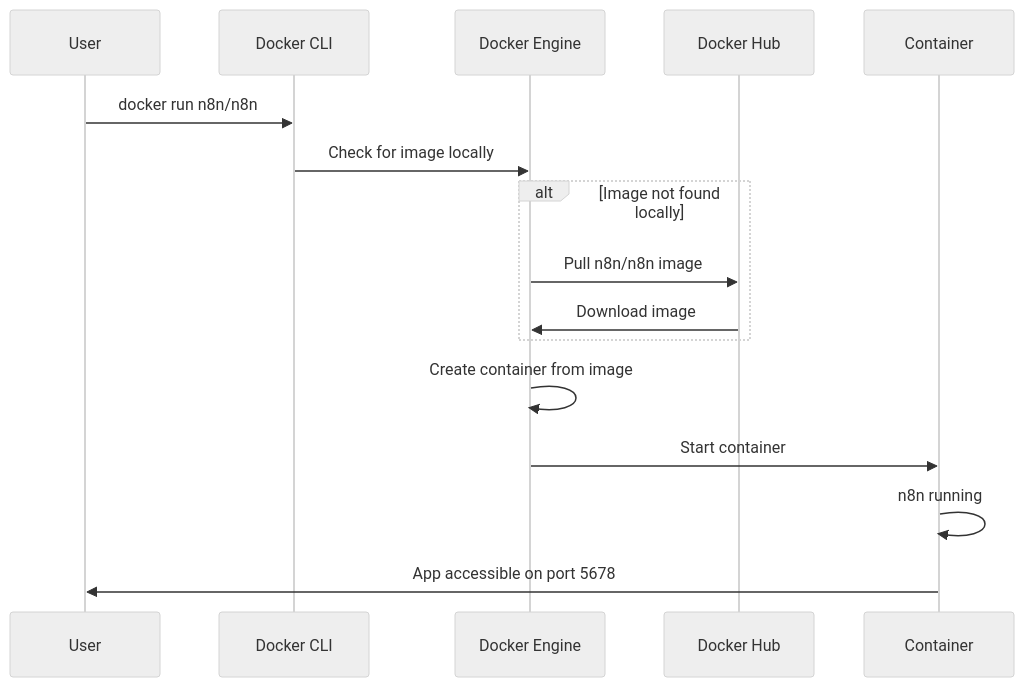
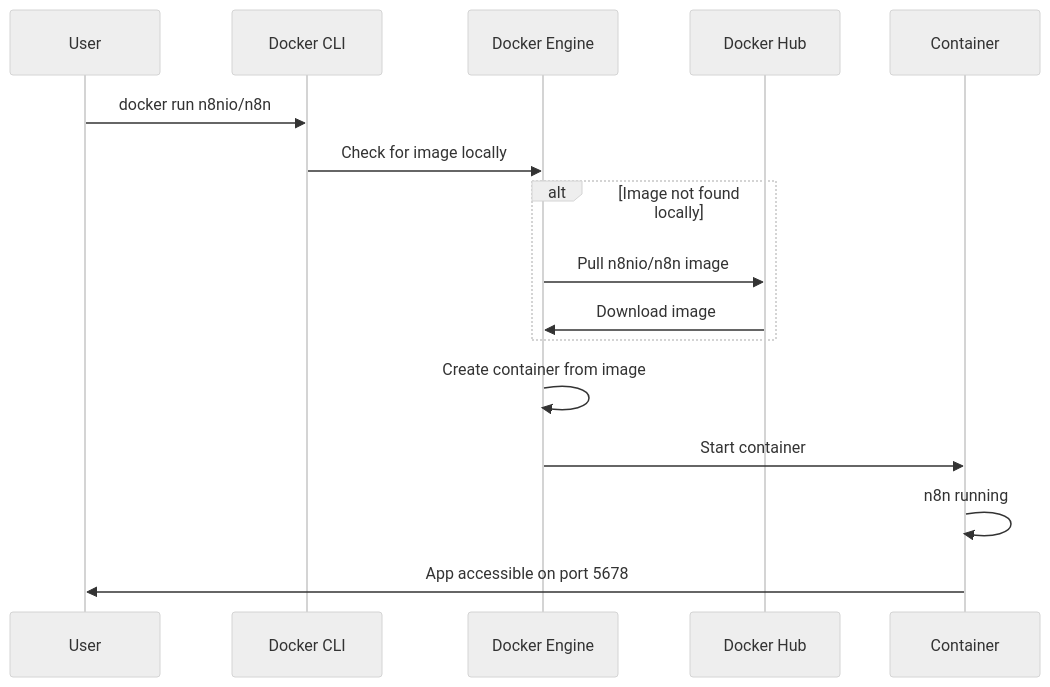
The ninth of 10 diagrams in lessons/02-docker-basics/theory/01-what-is-docker.md (wtoloza-dev/ZTH-n8n-Engineer), drawn with Mermaid (neutral theme) before and after one commit. The commit also changed other lines of this file and 17 other files, not shown here.

````diff
--- a/lessons/02-docker-basics/theory/01-what-is-docker.md
+++ b/lessons/02-docker-basics/theory/01-what-is-docker.md
@@ -244,21 +244,21 @@
 ```mermaid
 sequenceDiagram
     participant U as User
     participant DC as Docker CLI
     participant DE as Docker Engine
     participant DH as Docker Hub
     participant C as Container
     
-    U->>DC: docker run n8n/n8n
+    U->>DC: docker run n8nio/n8n
     DC->>DE: Check for image locally
     
     alt Image not found locally
-        DE->>DH: Pull n8n/n8n image
+        DE->>DH: Pull n8nio/n8n image
         DH->>DE: Download image
     end
     
     DE->>DE: Create container from image
     DE->>C: Start container
     C->>C: n8n running
     C->>U: App accessible on port 5678
 ```
````
